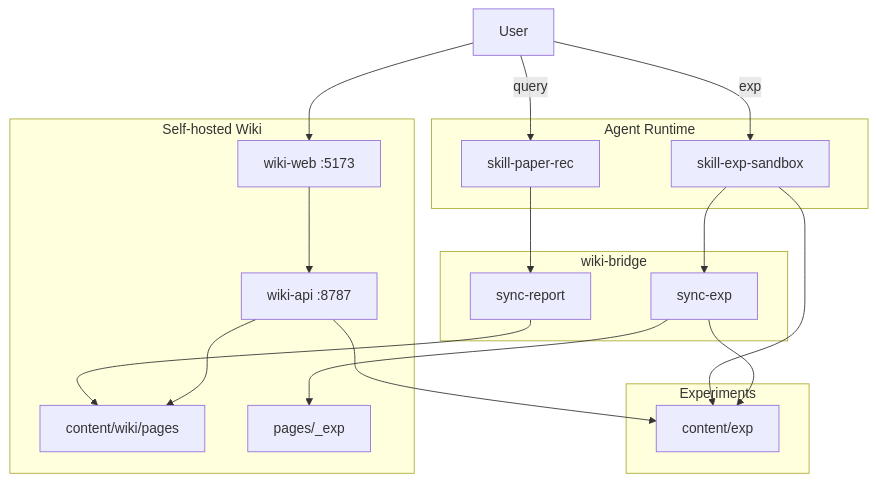
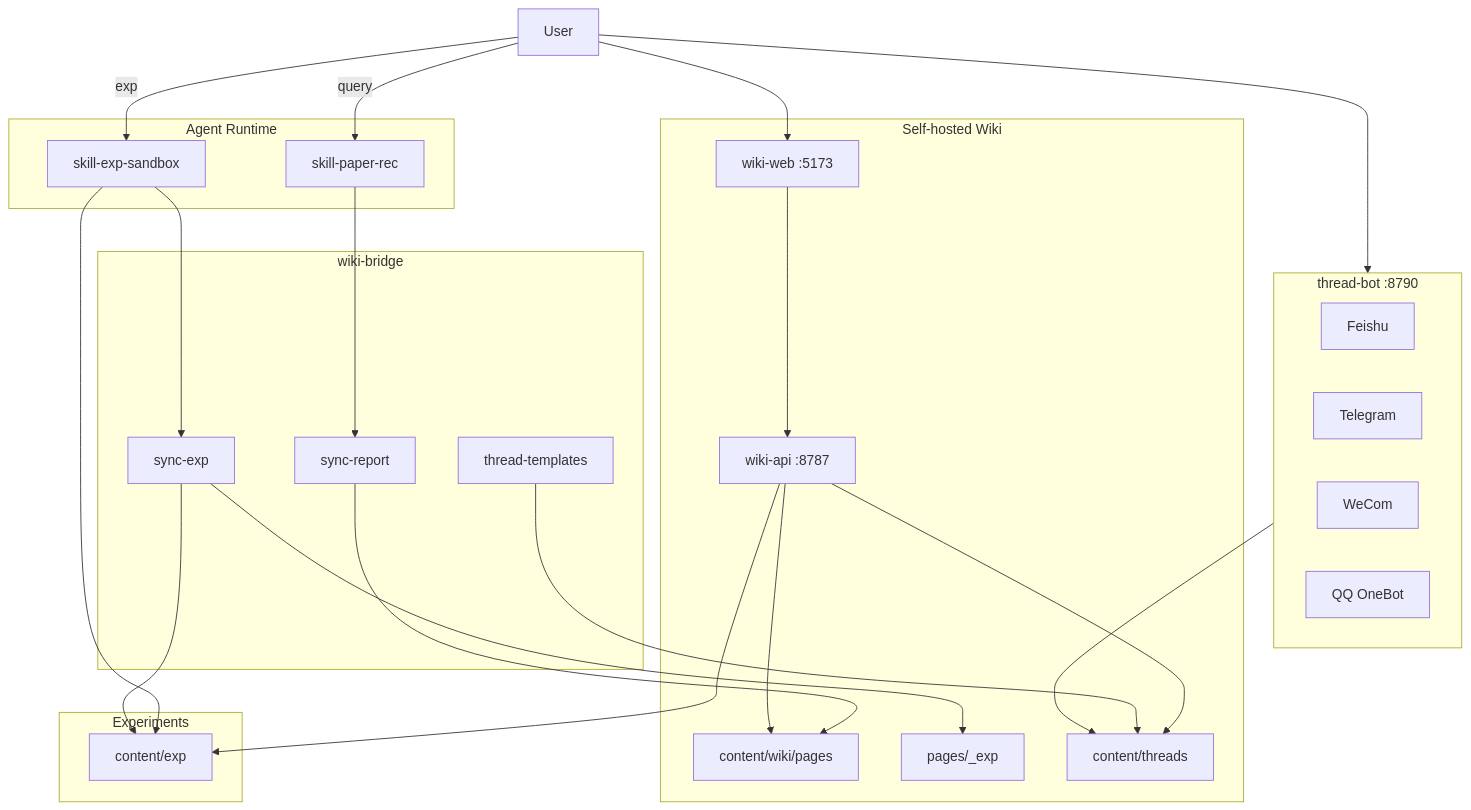
One commit to QinHsiu/Paper_Rec_Skill changed the diagram in docs/ARCHITECTURE.md. Above: the diagram before and after it, drawn with Mermaid. The commit also changed other lines of this file and 10 other files, not shown here.

````diff
--- a/docs/ARCHITECTURE.md
+++ b/docs/ARCHITECTURE.md
@@ -5,30 +5,42 @@
 ```mermaid
 flowchart TB
   subgraph agent [Agent Runtime]
     Skill[skill-paper-rec]
     Exp[skill-exp-sandbox]
   end
   subgraph bridge [wiki-bridge]
     Sync[sync-report]
     SyncExp[sync-exp]
+    Tpl[thread-templates]
   end
   subgraph wiki [Self-hosted Wiki]
     API[wiki-api :8787]
     Web[wiki-web :5173]
     MD[content/wiki/pages]
     ExpWiki[pages/_exp]
+    Threads[content/threads]
+  end
+  subgraph bots [thread-bot :8790]
+    Feishu[Feishu]
+    TG[Telegram]
+    WeCom[WeCom]
+    QQ[QQ OneBot]
   end
   subgraph expstore [Experiments]
     EX[content/exp]
   end
   User -->|query| Skill
   User -->|exp| Exp
   Skill --> Sync --> MD
   Exp --> EX
   Exp --> SyncExp
   SyncExp --> EX
   SyncExp --> ExpWiki
   User --> Web --> API
   API --> MD
   API --> EX
+  API --> Threads
+  Tpl --> Threads
+  User --> bots
+  bots --> Threads
 ```
````
